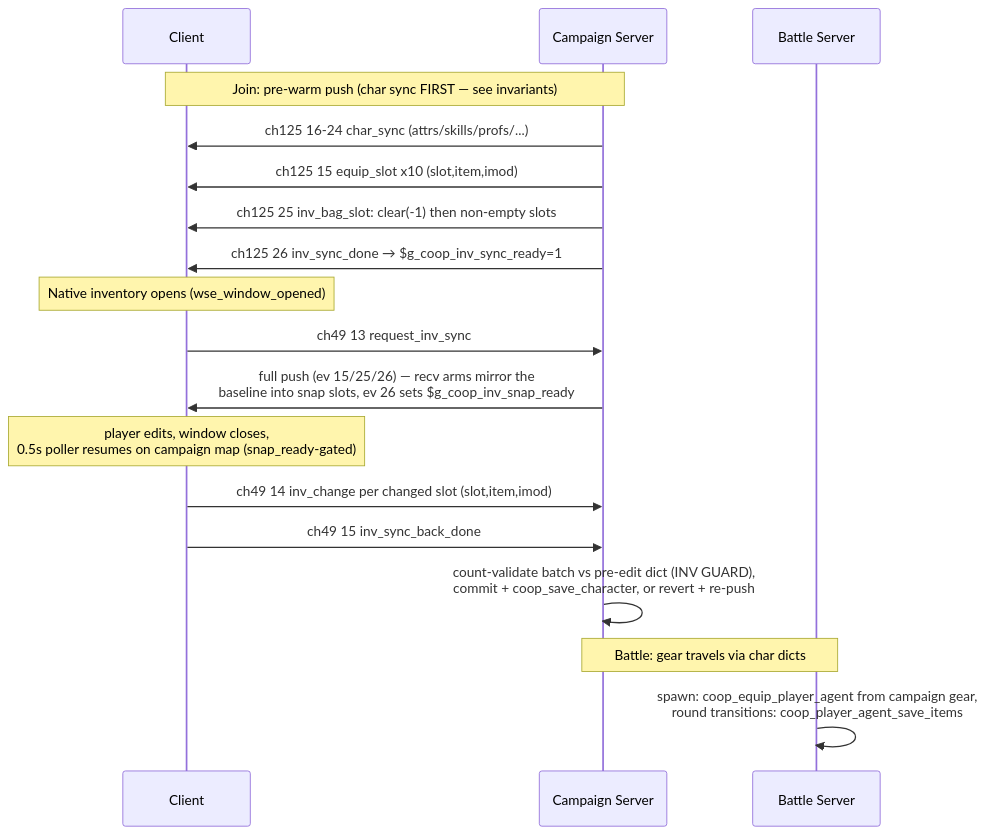
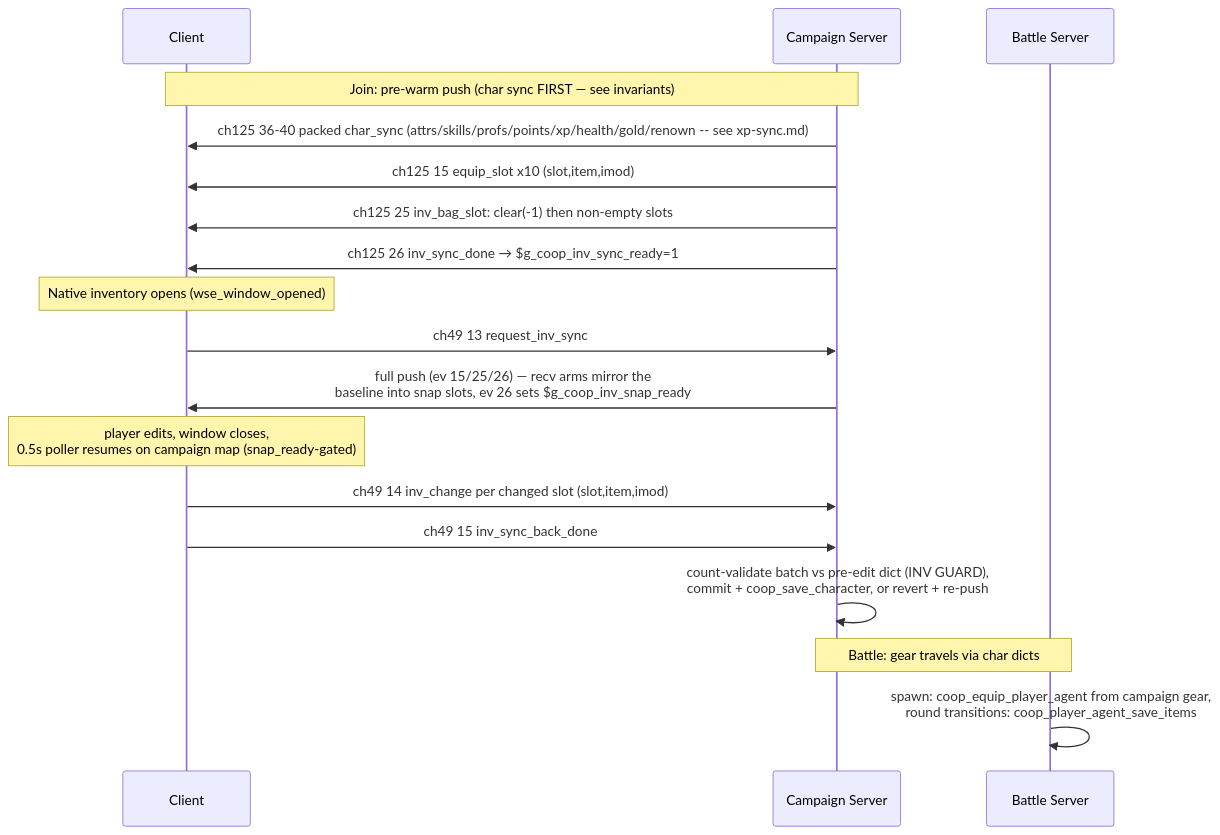
The diagram in docs/flows/inventory-sync.md (Night1099/WarbandTogether), drawn with Mermaid before and after one commit. The commit also changed other lines of this file and 34 other files, not shown here.

````diff
--- a/docs/flows/inventory-sync.md
+++ b/docs/flows/inventory-sync.md
@@ -23,23 +27,23 @@
 ```mermaid
 sequenceDiagram
     participant C as Client
     participant CS as Campaign Server
     participant BS as Battle Server
 
     note over CS,C: Join: pre-warm push (char sync FIRST — see invariants)
-    CS->>C: ch125 16-24 char_sync (attrs/skills/profs/...)
+    CS->>C: ch125 36-40 packed char_sync (attrs/skills/profs/points/xp/health/gold/renown -- see xp-sync.md)
     CS->>C: ch125 15 equip_slot x10 (slot,item,imod)
     CS->>C: ch125 25 inv_bag_slot: clear(-1) then non-empty slots
     CS->>C: ch125 26 inv_sync_done → $g_coop_inv_sync_ready=1
 
     note over C: Native inventory opens (wse_window_opened)
     C->>CS: ch49 13 request_inv_sync
     CS->>C: full push (ev 15/25/26) — recv arms mirror the<br/>baseline into snap slots, ev 26 sets $g_coop_inv_snap_ready
     note over C: player edits, window closes,<br/>0.5s poller resumes on campaign map (snap_ready-gated)
     C->>CS: ch49 14 inv_change per changed slot (slot,item,imod)
     C->>CS: ch49 15 inv_sync_back_done
     CS->>CS: count-validate batch vs pre-edit dict (INV GUARD),<br/>commit + coop_save_character, or revert + re-push
 
     note over CS,BS: Battle: gear travels via char dicts
     BS->>BS: spawn: coop_equip_player_agent from campaign gear,<br/>round transitions: coop_player_agent_save_items
 ```
````
